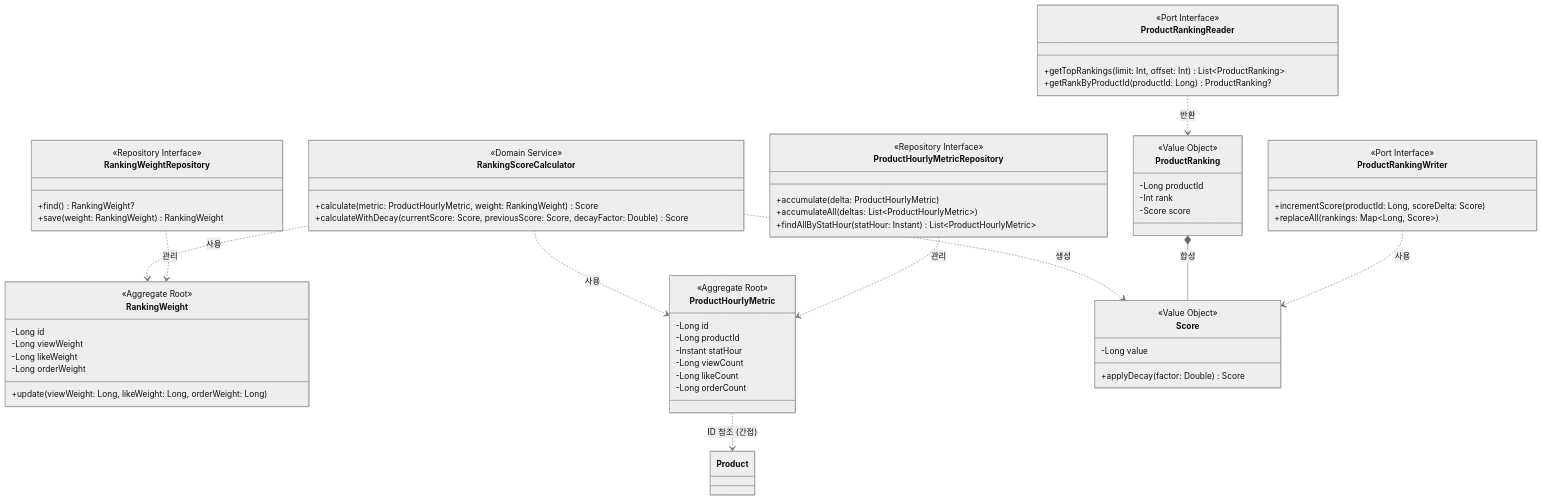
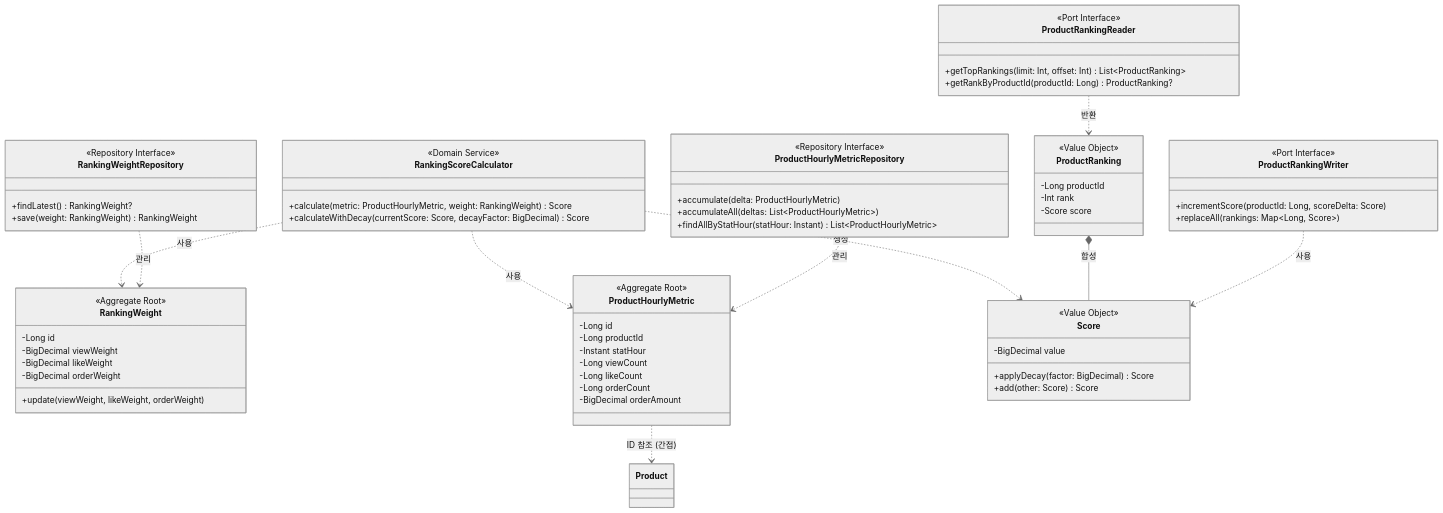
Before and after one commit to Loopers-dev-lab/loopers-spring-kotlin-template: the diagram in docs/week9/domain-modeling-ranking-system.md, drawn with Mermaid (neutral theme). The commit also changed other lines of this file and 5 other files, not shown here.

````diff
--- a/docs/week9/domain-modeling-ranking-system.md
+++ b/docs/week9/domain-modeling-ranking-system.md
@@ -5,76 +5,78 @@
 ```mermaid
 classDiagram
     class RankingWeight {
         <<Aggregate Root>>
         -Long id
-        -Long viewWeight
-        -Long likeWeight
-        -Long orderWeight
-        +update(viewWeight: Long, likeWeight: Long, orderWeight: Long)
+        -BigDecimal viewWeight
+        -BigDecimal likeWeight
+        -BigDecimal orderWeight
+        +update(viewWeight, likeWeight, orderWeight)
     }
 
     class ProductHourlyMetric {
         <<Aggregate Root>>
         -Long id
         -Long productId
         -Instant statHour
         -Long viewCount
         -Long likeCount
         -Long orderCount
+        -BigDecimal orderAmount
     }
 
     class Score {
         <<Value Object>>
-        -Long value
-        +applyDecay(factor: Double) Score
+        -BigDecimal value
+        +applyDecay(factor: BigDecimal) Score
+        +add(other: Score) Score
     }
 
     class ProductRanking {
         <<Value Object>>
         -Long productId
         -Int rank
         -Score score
     }
 
     class RankingScoreCalculator {
         <<Domain Service>>
         +calculate(metric: ProductHourlyMetric, weight: RankingWeight) Score
-        +calculateWithDecay(currentScore: Score, previousScore: Score, decayFactor: Double) Score
+        +calculateWithDecay(currentScore: Score, decayFactor: BigDecimal) Score
     }
 
     class RankingWeightRepository {
         <<Repository Interface>>
-        +find() RankingWeight?
+        +findLatest() RankingWeight?
         +save(weight: RankingWeight) RankingWeight
     }
 
     class ProductHourlyMetricRepository {
         <<Repository Interface>>
         +accumulate(delta: ProductHourlyMetric)
         +accumulateAll(deltas: List~ProductHourlyMetric~)
         +findAllByStatHour(statHour: Instant) List~ProductHourlyMetric~
     }
 
     class ProductRankingReader {
         <<Port Interface>>
         +getTopRankings(limit: Int, offset: Int) List~ProductRanking~
         +getRankByProductId(productId: Long) ProductRanking?
     }
 
     class ProductRankingWriter {
         <<Port Interface>>
         +incrementScore(productId: Long, scoreDelta: Score)
         +replaceAll(rankings: Map~Long, Score~)
     }
 
     RankingWeightRepository ..> RankingWeight : 관리
     ProductHourlyMetricRepository ..> ProductHourlyMetric : 관리
     ProductRankingReader ..> ProductRanking : 반환
     ProductRankingWriter ..> Score : 사용
 
     ProductHourlyMetric ..> Product : ID 참조 (간접)
     ProductRanking *-- Score : 합성
     RankingScoreCalculator ..> ProductHourlyMetric : 사용
     RankingScoreCalculator ..> RankingWeight : 사용
     RankingScoreCalculator ..> Score : 생성
 ```
````
